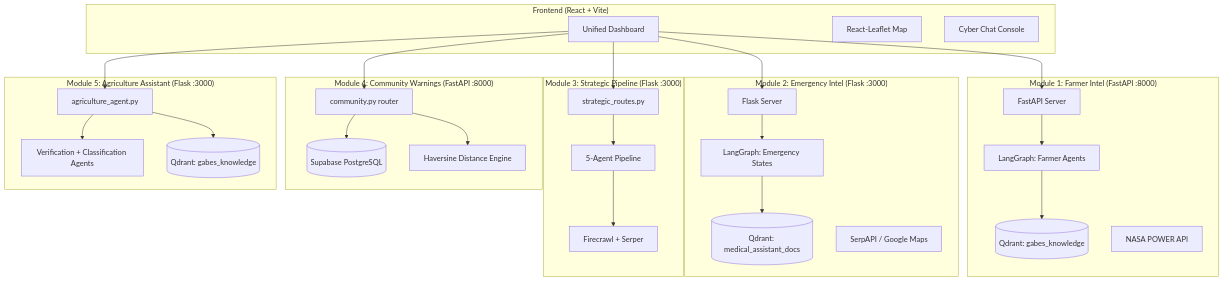
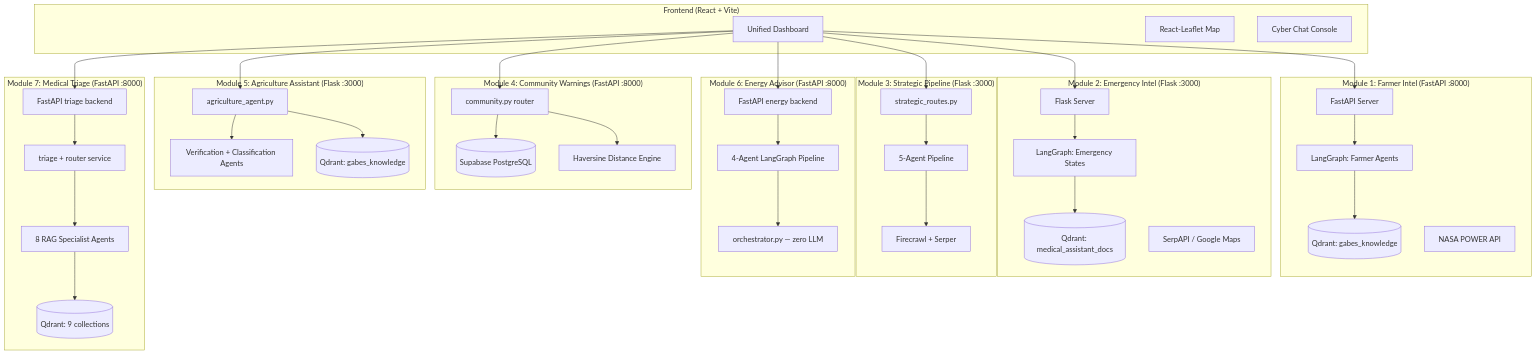
The first of 9 diagrams in README.md (omarfh111/Gabesi-AIGuardian), drawn with Mermaid before and after one commit. The commit also changed other lines of this file and 19 other files, not shown here.

First line of the commit message:
feat: integrate Energy Advisor and Medical Triage modules

````diff
--- a/README.md
+++ b/README.md
@@ -31,56 +33,76 @@
 ```mermaid
 graph TD
     subgraph "Frontend (React + Vite)"
         UI[Unified Dashboard]
         Map[React-Leaflet Map]
         Chat[Cyber Chat Console]
     end
 
     subgraph "Module 1: Farmer Intel (FastAPI :8000)"
         FA[FastAPI Server]
         LG1[LangGraph: Farmer Agents]
         Q1[(Qdrant: gabes_knowledge)]
         NASA[NASA POWER API]
     end
 
     subgraph "Module 2: Emergency Intel (Flask :3000)"
         FS[Flask Server]
         LG2[LangGraph: Emergency States]
         Q2[(Qdrant: medical_assistant_docs)]
         Serp[SerpAPI / Google Maps]
     end
 
     subgraph "Module 3: Strategic Pipeline (Flask :3000)"
         StrategicBlueprint[strategic_routes.py]
         LG3[5-Agent Pipeline]
         Firecrawl[Firecrawl + Serper]
     end
 
     subgraph "Module 4: Community Warnings (FastAPI :8000)"
         CommunityRouter[community.py router]
         Supabase[(Supabase PostgreSQL)]
         Haversine[Haversine Distance Engine]
     end
 
     subgraph "Module 5: Agriculture Assistant (Flask :3000)"
         AgriAgent[agriculture_agent.py]
         GeoVerify[Verification + Classification Agents]
         AgriRAG[(Qdrant: gabes_knowledge)]
     end
 
+    subgraph "Module 6: Energy Advisor (FastAPI :8000)"
+        EnergyAPI[FastAPI energy backend]
+        AgriPipeline[4-Agent LangGraph Pipeline]
+        Orchestrator[orchestrator.py — zero LLM]
+    end
+
+    subgraph "Module 7: Medical Triage (FastAPI :8000)"
+        MedAPI[FastAPI triage backend]
+        TriageRouter[triage + router service]
+        MedAgents[8 RAG Specialist Agents]
+        MedQdrant[(Qdrant: 9 collections)]
+    end
+
     UI --> FA
     UI --> FS
     UI --> StrategicBlueprint
     UI --> CommunityRouter
     UI --> AgriAgent
+    UI --> EnergyAPI
+    UI --> MedAPI
     CommunityRouter --> Supabase
     CommunityRouter --> Haversine
     StrategicBlueprint --> LG3
     LG3 --> Firecrawl
     FA --> LG1
     FS --> LG2
     LG1 --> Q1
     LG2 --> Q2
     AgriAgent --> GeoVerify
     AgriAgent --> AgriRAG
+    EnergyAPI --> AgriPipeline
+    AgriPipeline --> Orchestrator
+    MedAPI --> TriageRouter
+    TriageRouter --> MedAgents
+    MedAgents --> MedQdrant
 ```
````
